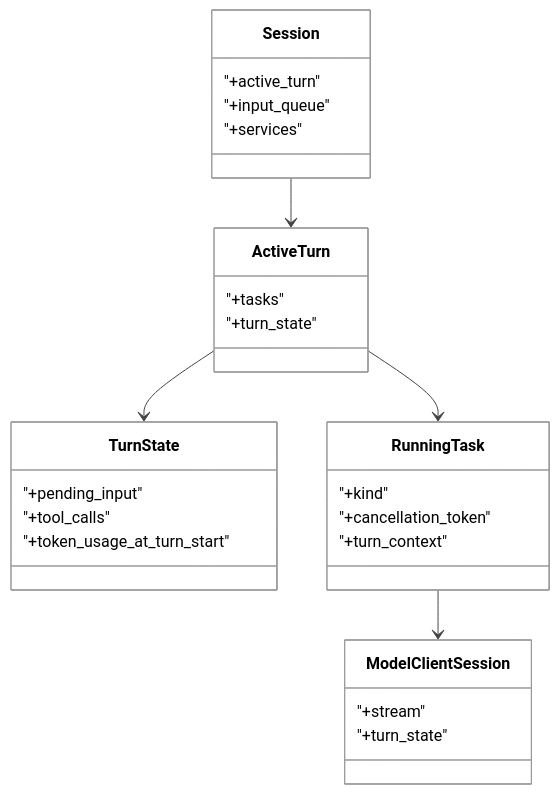
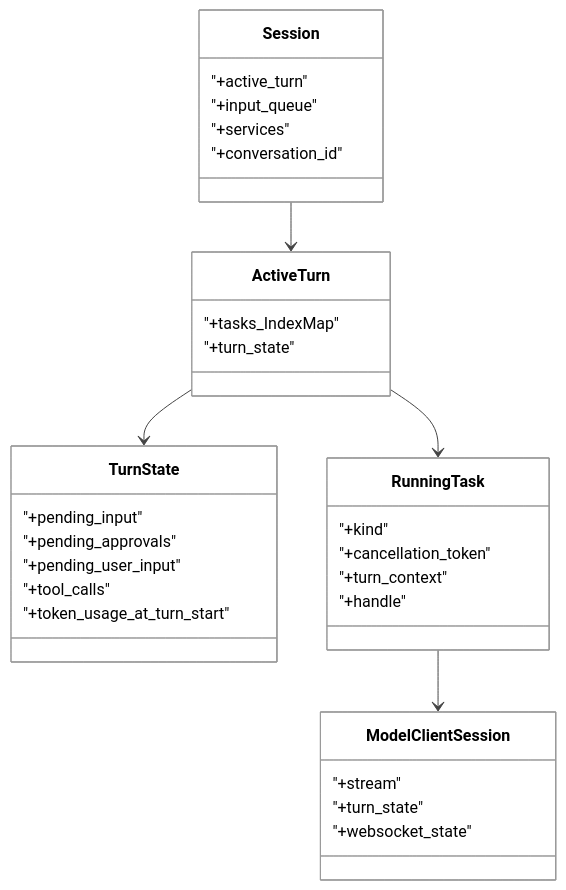
The fifth of 6 diagrams in Part I Principles and Usage/06-Agent核心循环.md (GLBB/codex-source-analysis), drawn with Mermaid before and after one commit. The commit also changed other lines of this file and 3 other files, not shown here.

````diff
--- a/Part I Principles and Usage/06-Agent核心循环.md
+++ b/Part I Principles and Usage/06-Agent核心循环.md
@@ -325,31 +373,36 @@
 ```mermaid
 %%{init: {"theme":"neutral","themeCSS":"svg { background: #ffffff !important; } .label, .nodeLabel, text { fill: #000000 !important; color: #000000 !important; }","themeVariables":{"background":"#ffffff","mainBkg":"#ffffff","primaryColor":"#f5f5f5","primaryTextColor":"#000000","primaryBorderColor":"#333333","lineColor":"#444444","textColor":"#000000","edgeLabelBackground":"#ffffff","fontFamily":"Helvetica"}}}%%
 classDiagram
     class Session {
       "+active_turn"
       "+input_queue"
       "+services"
+      "+conversation_id"
     }
     class ActiveTurn {
-      "+tasks"
+      "+tasks_IndexMap"
       "+turn_state"
     }
     class TurnState {
       "+pending_input"
+      "+pending_approvals"
+      "+pending_user_input"
       "+tool_calls"
       "+token_usage_at_turn_start"
     }
     class RunningTask {
       "+kind"
       "+cancellation_token"
       "+turn_context"
+      "+handle"
     }
     class ModelClientSession {
       "+stream"
       "+turn_state"
+      "+websocket_state"
     }
     Session --> ActiveTurn
     ActiveTurn --> TurnState
     ActiveTurn --> RunningTask
     RunningTask --> ModelClientSession
 ```
````
